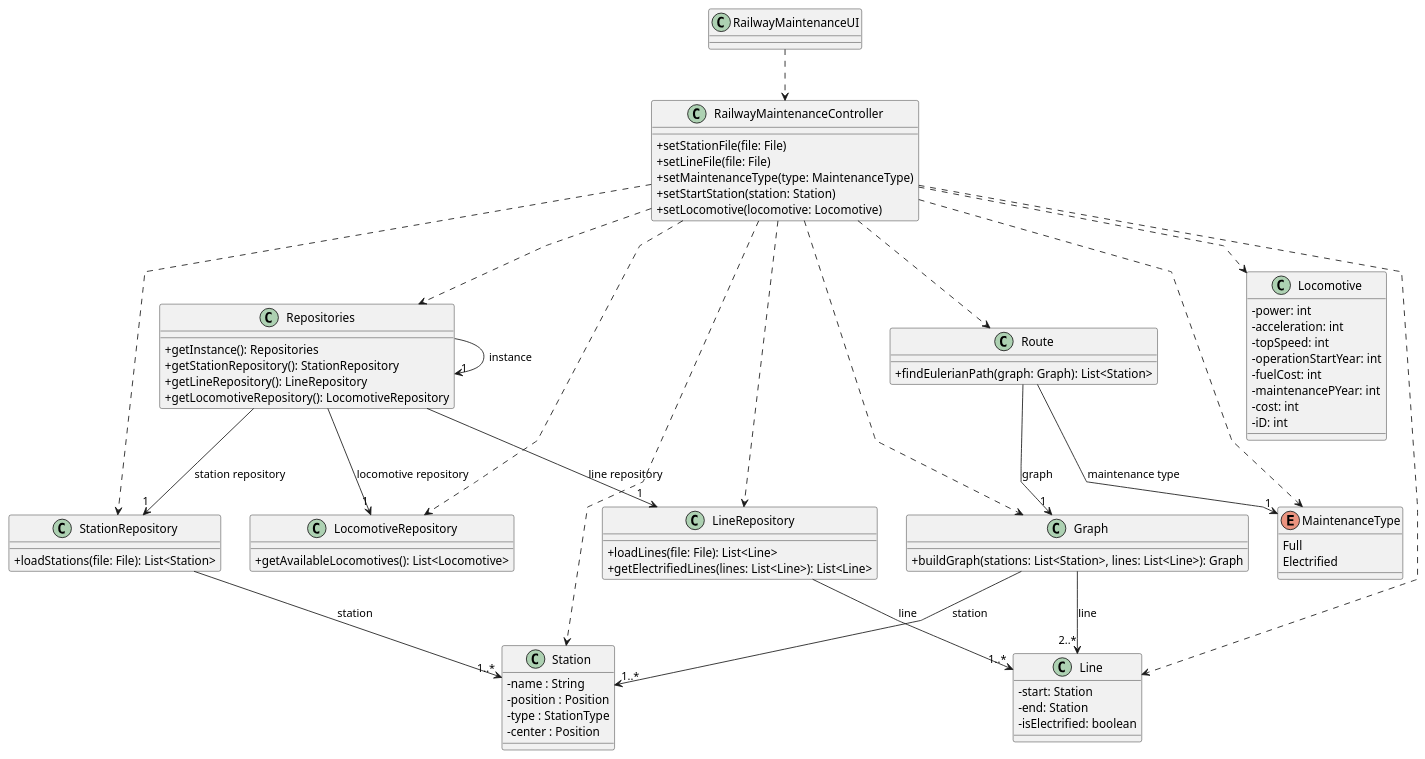
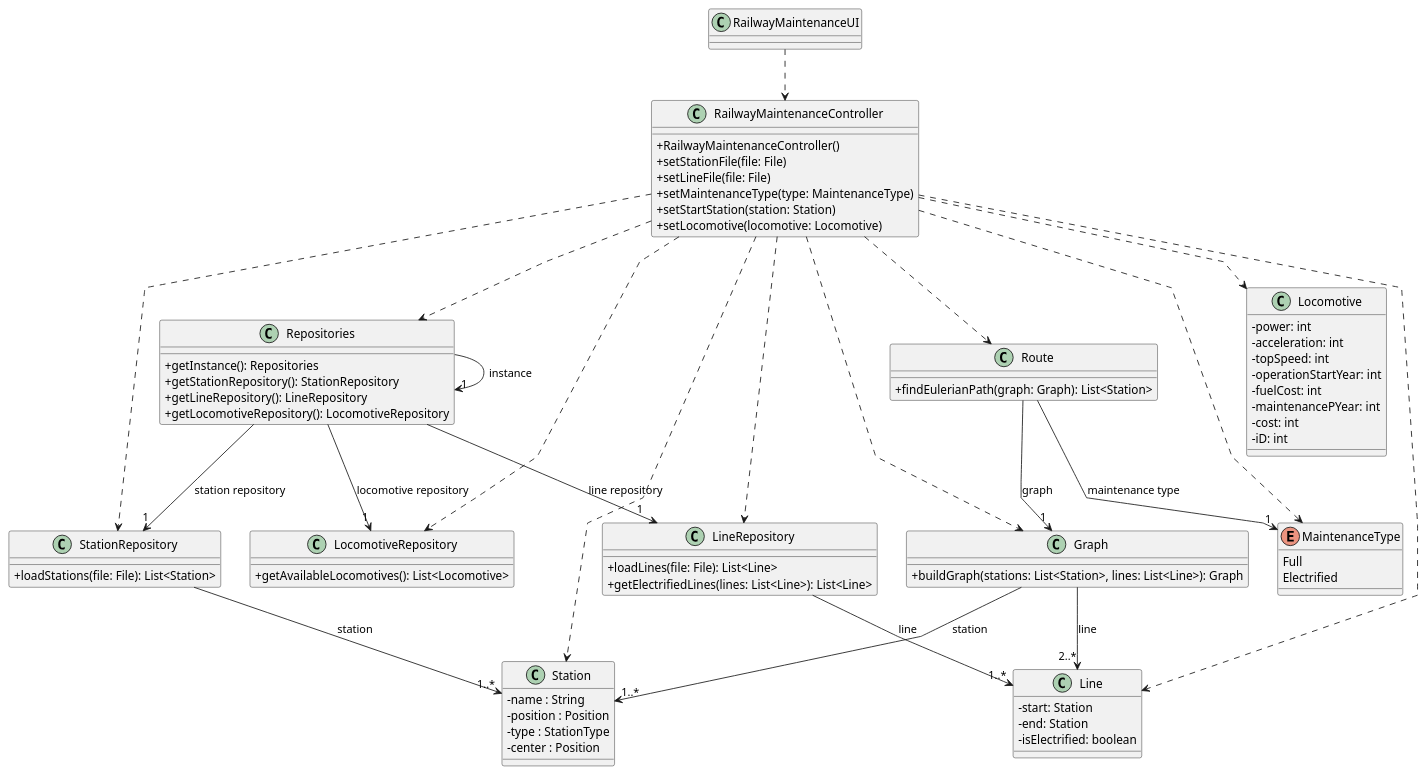
One commit to 1240935/pi2-railway-simulator changed the diagram in Sprint2/US014/03.design/puml/US014-CD.puml. Above: the diagram before and after it, drawn with PlantUML. The commit also changed 32 other files, not shown here.

```diff
--- a/Sprint2/US014/03.design/puml/US014-CD.puml
+++ b/Sprint2/US014/03.design/puml/US014-CD.puml
@@ -1,104 +1,105 @@
 @startuml
 'skinparam monochrome true
 skinparam packageStyle rectangle
 skinparam shadowing false
 skinparam linetype polyline
 'skinparam linetype orto
 
 skinparam classAttributeIconSize 0
 
 'left to right direction
 
 class RailwayMaintenanceUI {
 
 }
 
 class RailwayMaintenanceController {
+  +RailwayMaintenanceController()
   +setStationFile(file: File)
   +setLineFile(file: File)
   +setMaintenanceType(type: MaintenanceType)
   +setStartStation(station: Station)
   +setLocomotive(locomotive: Locomotive)
 }
 
 class Repositories {
   +getInstance(): Repositories
   +getStationRepository(): StationRepository
   +getLineRepository(): LineRepository
   +getLocomotiveRepository(): LocomotiveRepository
 }
 
 class StationRepository {
   +loadStations(file: File): List<Station>
 }
 
 class LineRepository {
   +loadLines(file: File): List<Line>
   +getElectrifiedLines(lines: List<Line>): List<Line>
 }
 
 class LocomotiveRepository {
   +getAvailableLocomotives(): List<Locomotive>
 }
 
 class Graph {
   +buildGraph(stations: List<Station>, lines: List<Line>): Graph
 }
 
 class Route {
   +findEulerianPath(graph: Graph): List<Station>
 }
 
 class Station {
   -name : String
   -position : Position
   -type : StationType
   -center : Position
 }
 
 class Line {
   -start: Station
   -end: Station
   -isElectrified: boolean
 }
 
 class Locomotive {
     -power: int
     -acceleration: int
     -topSpeed: int
     -operationStartYear: int
     -fuelCost: int
     -maintenancePYear: int
     -cost: int
     -iD: int
 }
 
 enum MaintenanceType {
   Full
   Electrified
 }
 
 RailwayMaintenanceUI ..> RailwayMaintenanceController
 RailwayMaintenanceController ..> StationRepository
 RailwayMaintenanceController ..> LineRepository
 RailwayMaintenanceController ..> LocomotiveRepository
 RailwayMaintenanceController ..> Graph
 RailwayMaintenanceController ..> Route
 RailwayMaintenanceController ..> MaintenanceType
 RailwayMaintenanceController ..> Repositories
 RailwayMaintenanceController ..> Station
 RailwayMaintenanceController ..> Line
 RailwayMaintenanceController ..> Locomotive
 
 Repositories -> "1" Repositories : instance
 Repositories --> "1" StationRepository : station repository
 Repositories --> "1" LineRepository : line repository
 Repositories --> "1" LocomotiveRepository : locomotive repository
 
 StationRepository --> "1..*" Station : station
 LineRepository --> "1..*" Line : line
 Graph --> "1..*" Station : station
 Graph --> "2..*" Line : line
 Route --> "1" Graph : graph
 Route --> "1" MaintenanceType : maintenance type
 @enduml
```
